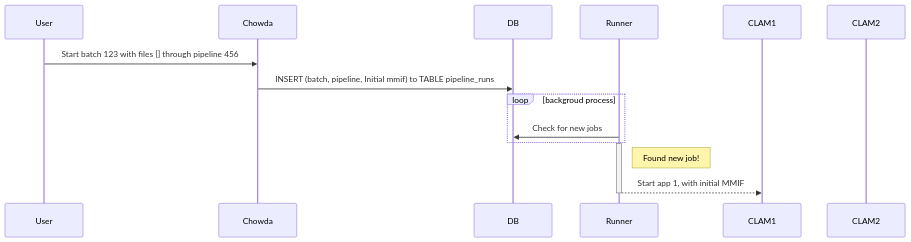
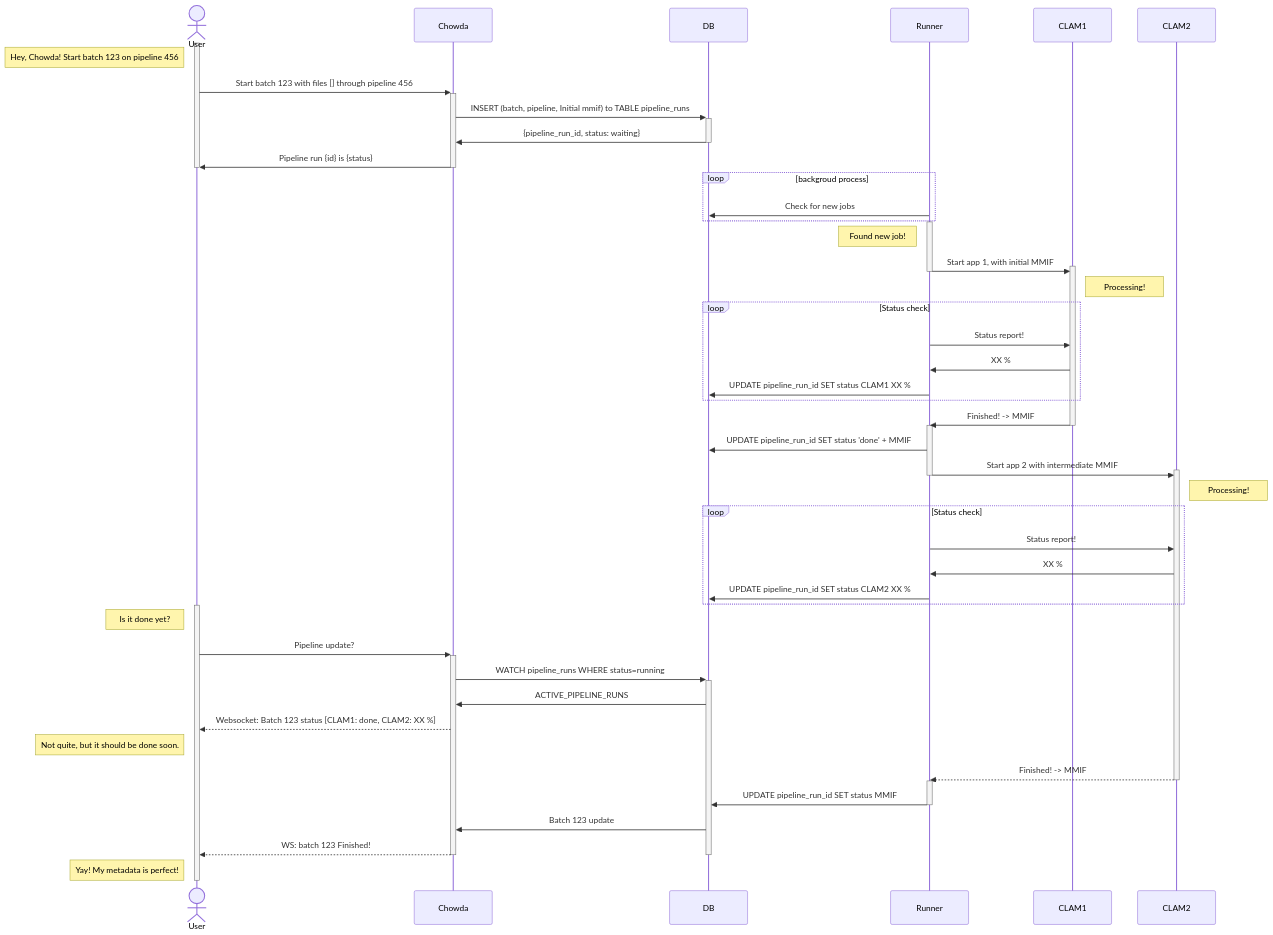
One commit to WGBH-MLA/chowda changed the diagram in README.md. Above: the diagram before and after it, drawn with Mermaid. The commit also changed other lines of this file, not shown here.

Commit message:
Full draft of Sequence

````diff
--- a/README.md
+++ b/README.md
@@ -7,18 +40,71 @@
 ```mermaid
 sequenceDiagram
-    participant User
+    actor User
     participant Chowda
     participant DB
     participant Runner
     participant CLAM1
     participant CLAM2
 
-    User ->> Chowda: Start batch 123 with files [] through pipeline 456
-    Chowda ->> DB: INSERT (batch, pipeline, Initial mmif) to TABLE pipeline_runs
+    activate User
+
+    %% User starts job
+    note left of User: Hey, Chowda! Start batch 123 on pipeline 456
+    User ->> + Chowda: Start batch 123 with files [] through pipeline 456
+    Chowda ->> + DB: INSERT (batch, pipeline, Initial mmif) to TABLE pipeline_runs
+    DB ->> - Chowda: {pipeline_run_id, status: waiting}
+    Chowda ->> - User: Pipeline run {id} is {status}
+    deactivate User
     loop backgroud process
-        Runner->> DB: Check for new jobs
+        Runner ->> DB: Check for new jobs
     end
+
+    %% Runner
     activate Runner
-    note right of Runner: Found new job!
-    Runner-->>-CLAM1: Start app 1, with initial MMIF
+    note left of Runner: Found new job!
+    Runner ->> + CLAM1: Start app 1, with initial MMIF
+    deactivate Runner
+
+    %% CLAM1
+    note right of CLAM1: Processing!
+    loop Status check
+        Runner ->> CLAM1: Status report!
+        CLAM1 ->> Runner: XX %
+        Runner ->> DB: UPDATE pipeline_run_id SET status CLAM1 XX %
+    end
+    CLAM1 ->> - Runner: Finished! -> MMIF
+    activate Runner
+    Runner ->> DB: UPDATE pipeline_run_id SET status 'done' + MMIF
+
+    %% CLAM 2
+    Runner ->> + CLAM2: Start app 2 with intermediate MMIF
+    deactivate Runner
+    note right of CLAM2: Processing!
+    loop Status check
+        Runner ->> CLAM2: Status report!
+        CLAM2 ->> Runner: XX %
+        Runner ->> DB: UPDATE pipeline_run_id SET status CLAM2 XX %
+    end
+
+    %% User update
+    activate User
+    note left of User: Is it done yet?
+    User ->> + Chowda: Pipeline update?
+    Chowda ->> + DB: WATCH pipeline_runs WHERE status=running
+    DB ->> Chowda: ACTIVE_PIPELINE_RUNS
+    Chowda -->> User: Websocket: Batch 123 status [CLAM1: done, CLAM2: XX %]
+    note left of User: Not quite, but it should be done soon.
+
+    %% CLAMS finished
+    CLAM2 -->> - Runner: Finished! -> MMIF
+    activate Runner
+    Runner ->> - DB: UPDATE pipeline_run_id SET status MMIF
+    DB ->> Chowda: Batch 123 update
+    Chowda -->> User: WS: batch 123 Finished!
+    deactivate Chowda
+    deactivate DB
+
+    note left of User: Yay! My metadata is perfect!
+    deactivate User
+
 ```
````
